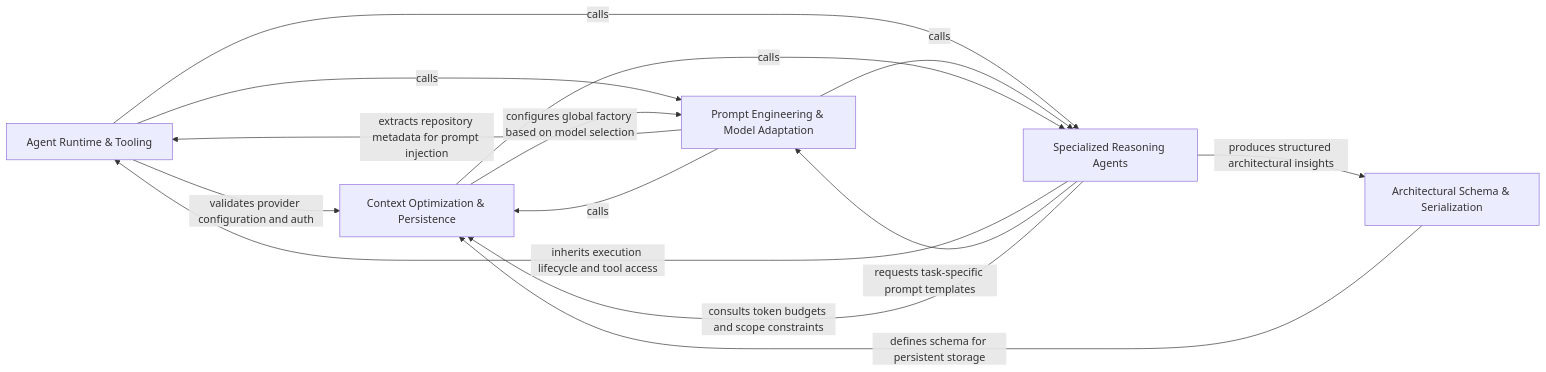
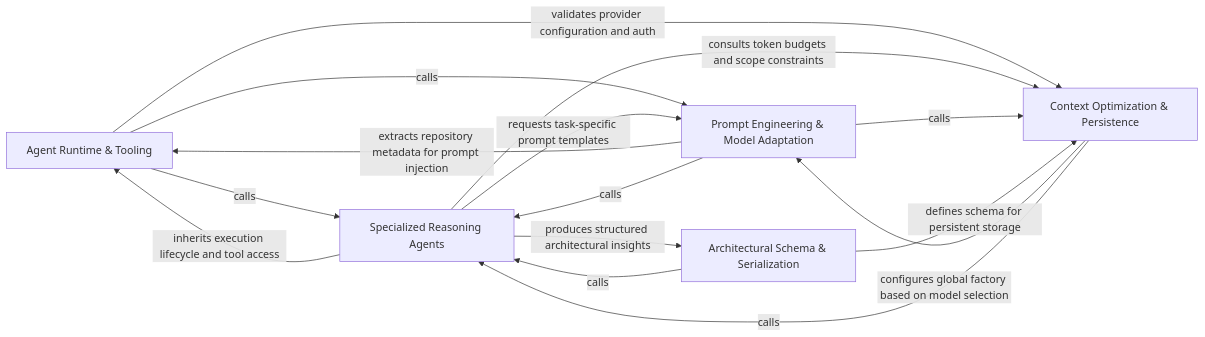
One commit to CodeBoarding/CodeBoarding changed the diagram in .codeboarding/Agentic_Reasoning_LLM_Orchestration.md. Above: the diagram before and after it, drawn with Mermaid. The commit also changed other lines of this file and 62 other files, not shown here.

Commit message:
chore(codeboarding): sync architecture baseline

````diff
--- a/.codeboarding/Agentic_Reasoning_LLM_Orchestration.md
+++ b/.codeboarding/Agentic_Reasoning_LLM_Orchestration.md
@@ -1,26 +1,27 @@
 ```mermaid
 graph LR
     Agent_Runtime_Tooling["Agent Runtime & Tooling"]
     Specialized_Reasoning_Agents["Specialized Reasoning Agents"]
     Prompt_Engineering_Model_Adaptation["Prompt Engineering & Model Adaptation"]
     Context_Optimization_Persistence["Context Optimization & Persistence"]
     Architectural_Schema_Serialization["Architectural Schema & Serialization"]
+    Agent_Runtime_Tooling -- "calls" --> Specialized_Reasoning_Agents
     Agent_Runtime_Tooling -- "validates provider configuration and auth" --> Context_Optimization_Persistence
-    Agent_Runtime_Tooling -- "calls" --> Specialized_Reasoning_Agents
     Agent_Runtime_Tooling -- "calls" --> Prompt_Engineering_Model_Adaptation
     Specialized_Reasoning_Agents -- "inherits execution lifecycle and tool access" --> Agent_Runtime_Tooling
     Specialized_Reasoning_Agents -- "requests task-specific prompt templates" --> Prompt_Engineering_Model_Adaptation
     Specialized_Reasoning_Agents -- "consults token budgets and scope constraints" --> Context_Optimization_Persistence
     Specialized_Reasoning_Agents -- "produces structured architectural insights" --> Architectural_Schema_Serialization
     Prompt_Engineering_Model_Adaptation -- "extracts repository metadata for prompt injection" --> Agent_Runtime_Tooling
     Prompt_Engineering_Model_Adaptation -- "calls" --> Specialized_Reasoning_Agents
     Prompt_Engineering_Model_Adaptation -- "calls" --> Context_Optimization_Persistence
     Context_Optimization_Persistence -- "configures global factory based on model selection" --> Prompt_Engineering_Model_Adaptation
     Context_Optimization_Persistence -- "calls" --> Specialized_Reasoning_Agents
     Architectural_Schema_Serialization -- "defines schema for persistent storage" --> Context_Optimization_Persistence
+    Architectural_Schema_Serialization -- "calls" --> Specialized_Reasoning_Agents
     click Agent_Runtime_Tooling href "https://github.com/CodeBoarding/CodeBoarding/blob/main/.codeboarding/Agent_Runtime_Tooling.md" "Details"
     click Specialized_Reasoning_Agents href "https://github.com/CodeBoarding/CodeBoarding/blob/main/.codeboarding/Specialized_Reasoning_Agents.md" "Details"
     click Prompt_Engineering_Model_Adaptation href "https://github.com/CodeBoarding/CodeBoarding/blob/main/.codeboarding/Prompt_Engineering_Model_Adaptation.md" "Details"
     click Context_Optimization_Persistence href "https://github.com/CodeBoarding/CodeBoarding/blob/main/.codeboarding/Context_Optimization_Persistence.md" "Details"
     click Architectural_Schema_Serialization href "https://github.com/CodeBoarding/CodeBoarding/blob/main/.codeboarding/Architectural_Schema_Serialization.md" "Details"
 ```
````
